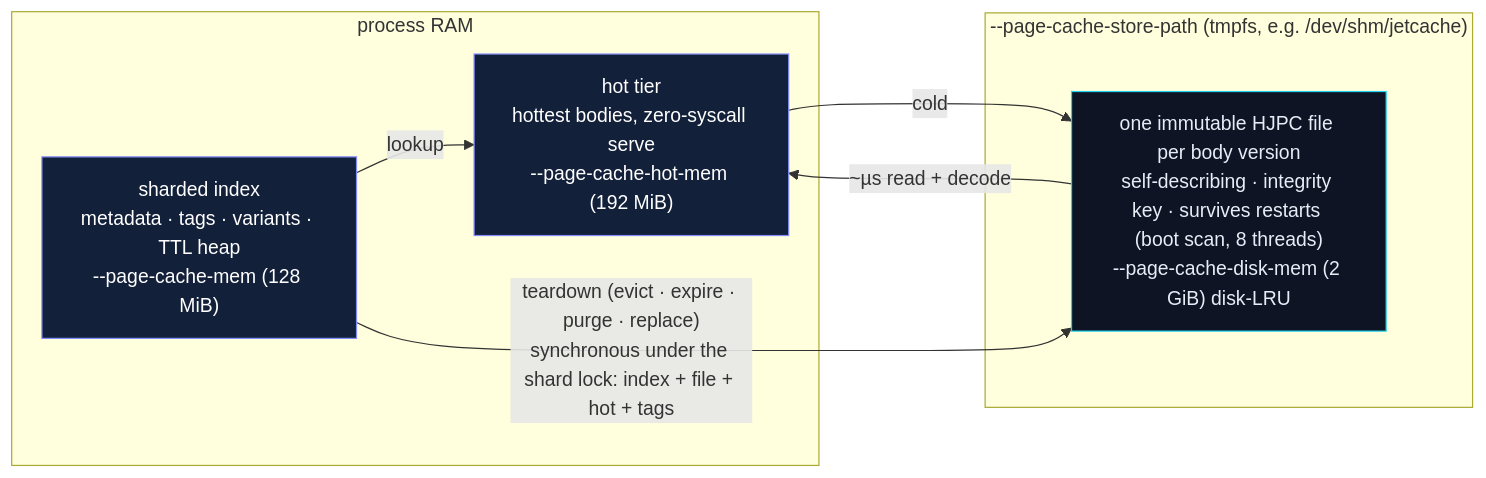
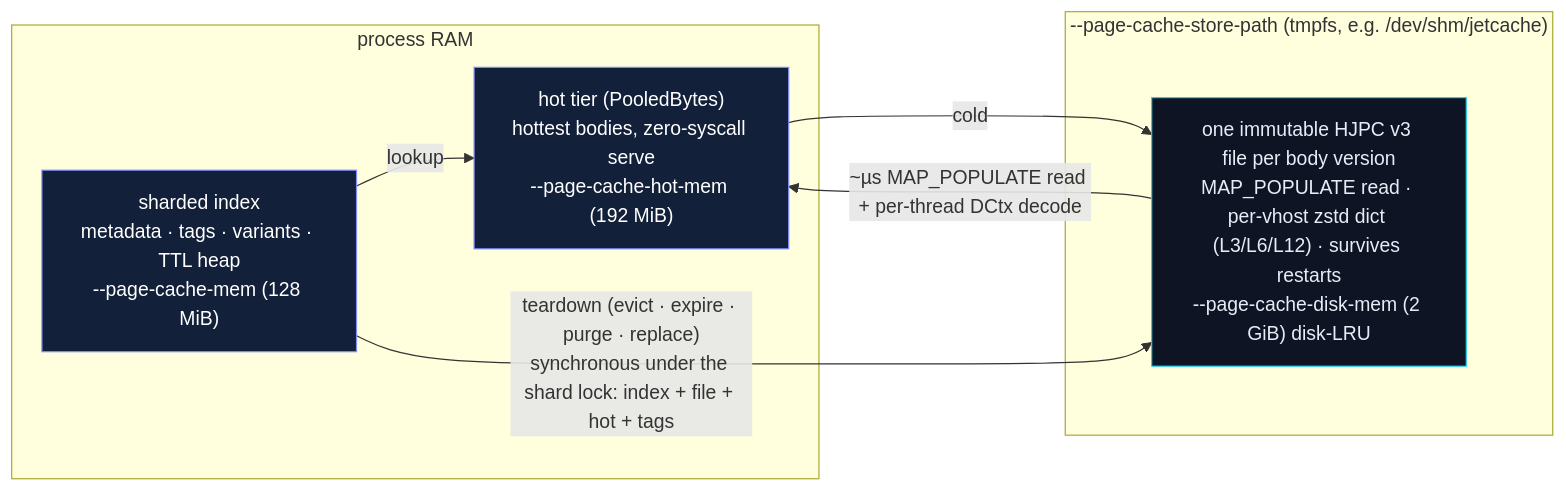
One commit to faratech/httpjet-site changed the diagram in docs-src/diagrams/cache-tiers.mmd. Above: the diagram before and after it, drawn with Mermaid. The commit also changed 61 other files, not shown here.

Commit message:
docs: add interactive per-build performance explorer and 5 architecture diagrams (20261024b)

```diff
--- a/docs-src/diagrams/cache-tiers.mmd
+++ b/docs-src/diagrams/cache-tiers.mmd
@@ -1,14 +1,14 @@
 flowchart LR
   classDef ram fill:#13203a,stroke:#818cf8,color:#fff
   classDef disk fill:#0e1424,stroke:#22d3ee,color:#e8ecf6
   subgraph RAM ["process RAM"]
     IDX["sharded index<br/>metadata · tags · variants · TTL heap<br/>--page-cache-mem (128 MiB)"]:::ram
-    HOT["hot tier<br/>hottest bodies, zero-syscall serve<br/>--page-cache-hot-mem (192 MiB)"]:::ram
+    HOT["hot tier (PooledBytes)<br/>hottest bodies, zero-syscall serve<br/>--page-cache-hot-mem (192 MiB)"]:::ram
   end
   subgraph TMPFS ["--page-cache-store-path (tmpfs, e.g. /dev/shm/jetcache)"]
-    F["one immutable HJPC file per body version<br/>self-describing · integrity key · survives restarts (boot scan, 8 threads)<br/>--page-cache-disk-mem (2 GiB) disk-LRU"]:::disk
+    F["one immutable HJPC v3 file per body version<br/>MAP_POPULATE read · per-vhost zstd dict (L3/L6/L12) · survives restarts<br/>--page-cache-disk-mem (2 GiB) disk-LRU"]:::disk
   end
   IDX -- "lookup" --> HOT
   HOT -- "cold" --> F
-  F -- "~µs read + decode" --> HOT
+  F -- "~µs MAP_POPULATE read + per-thread DCtx decode" --> HOT
   IDX -- "teardown (evict · expire · purge · replace)<br/>synchronous under the shard lock: index + file + hot + tags" --> F
```
